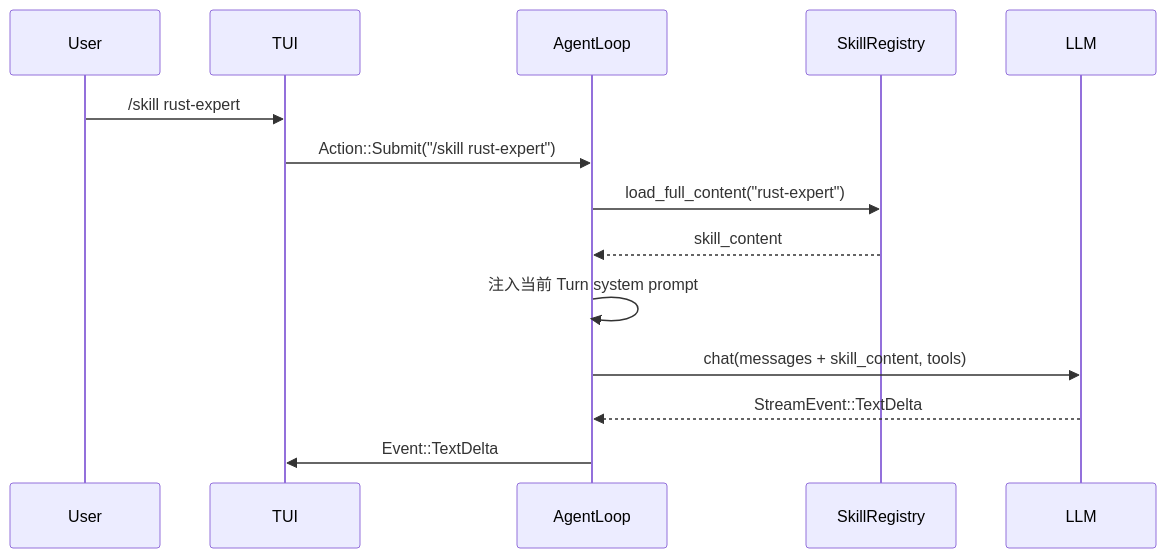
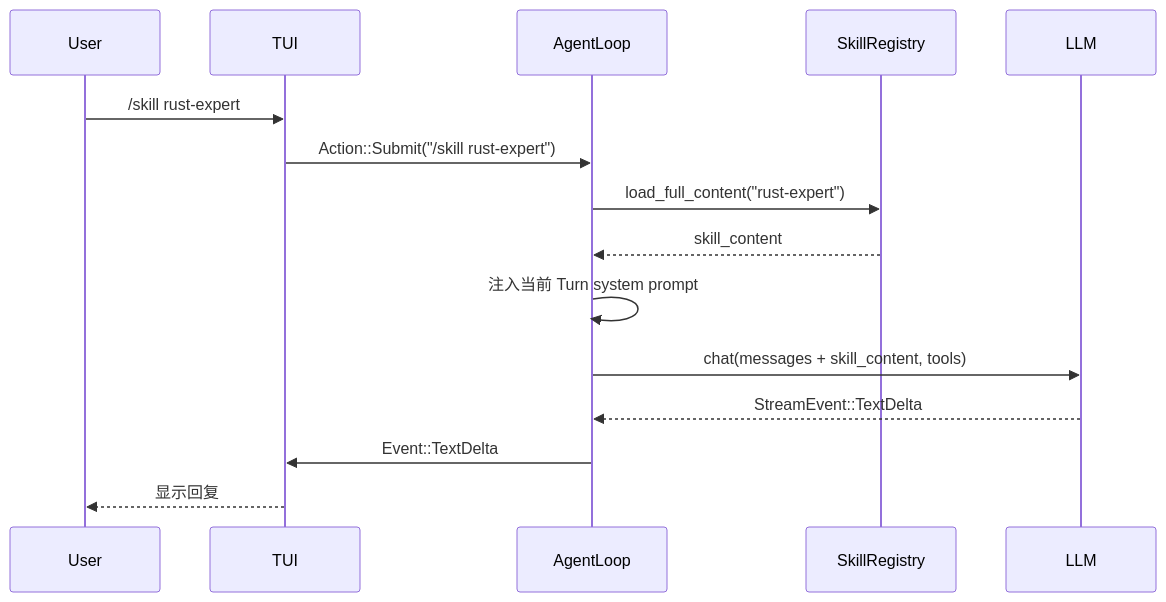
Before and after one commit to CheneyYin/emergence: diagram 12 of 16 in docs/superpowers/specs/2026-05-04-emergence-design.md, drawn with Mermaid.

Commit message:
fix: add missing TUI-to-User response in skill sequence diagram

````diff
--- a/docs/superpowers/specs/2026-05-04-emergence-design.md
+++ b/docs/superpowers/specs/2026-05-04-emergence-design.md
@@ -897,17 +897,18 @@
 ```mermaid
 sequenceDiagram
     participant User
     participant TUI
     participant AL as AgentLoop
     participant SR as SkillRegistry
     participant LLM
 
     User->>TUI: /skill rust-expert
     TUI->>AL: Action::Submit("/skill rust-expert")
     AL->>SR: load_full_content("rust-expert")
     SR-->>AL: skill_content
     AL->>AL: 注入当前 Turn system prompt
     AL->>LLM: chat(messages + skill_content, tools)
     LLM-->>AL: StreamEvent::TextDelta
     AL->>TUI: Event::TextDelta
+    TUI-->>User: 显示回复
 ```
````
